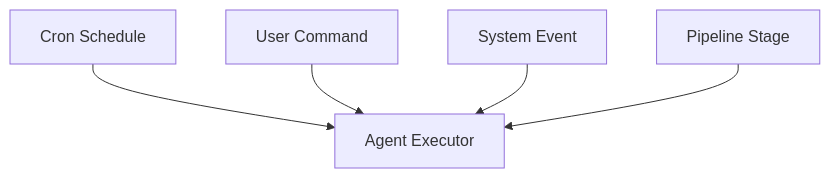
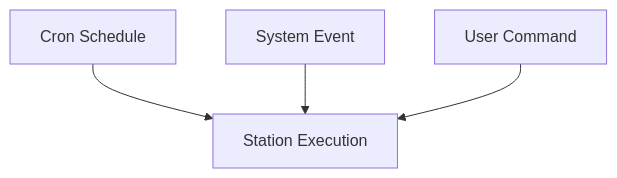
Before and after one commit to mikel-martin-kuik/nolan: the fourth of 5 diagrams in docs/architecture/06-coordination-comparison.md, drawn with Mermaid. The commit also changed other lines of this file and 67 other files, not shown here.

First line of the commit message:
refactor: Migrate from Cronos/OpenCode to Scheduler-based architecture

````diff
--- a/docs/architecture/06-coordination-comparison.md
+++ b/docs/architecture/06-coordination-comparison.md
@@ -128,9 +79,8 @@
 ```mermaid
 graph TB
     Cron[Cron Schedule] --> Agent
-    Cmd[User Command] --> Agent
     Event[System Event] --> Agent
-    Stage[Pipeline Stage] --> Agent
+    Manual[User Command] --> Agent
 
-    Agent[Agent Executor]
+    Agent[Station Execution]
 ```
````
